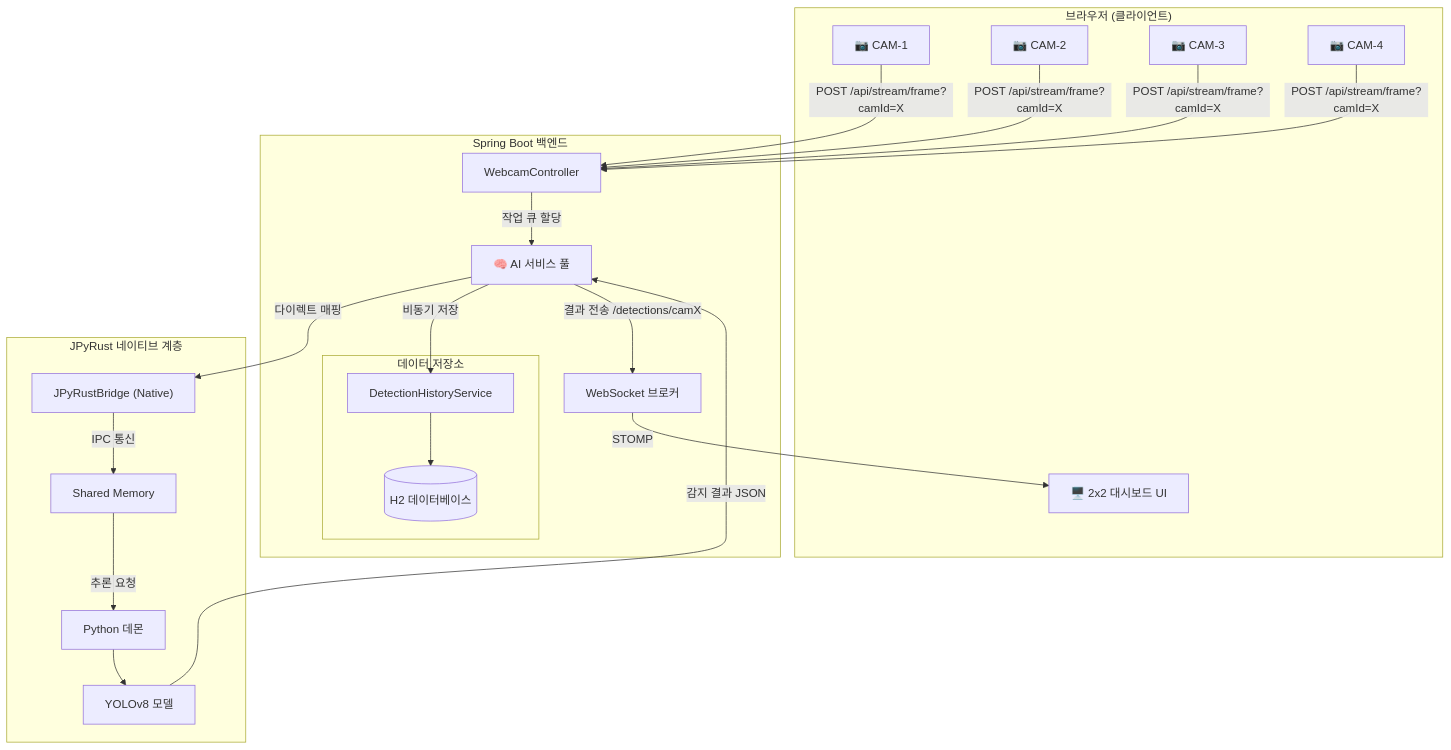
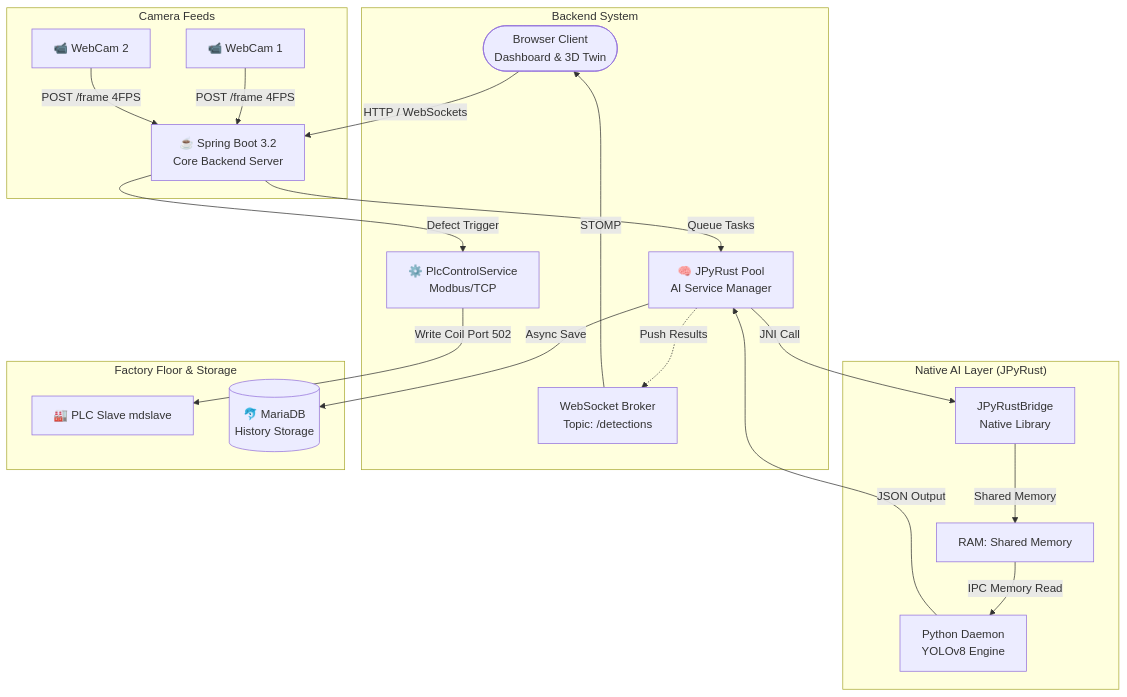
One commit to farmer0010/SmartFactory-Vision changed the first of 3 diagrams in README_KR.md. Above: the diagram before and after it, drawn with Mermaid. The commit also changed other lines of this file and 1 other file, not shown here.

Commit message:
docs: gracefully merge 42cabi style to original READMEs with native mdslave instructions

````diff
--- a/README_KR.md
+++ b/README_KR.md
@@ -38,41 +29,33 @@
 ```mermaid
 graph TD
-    subgraph "브라우저 (클라이언트)"
-        C1["📷 CAM-1"]
-        C2["📷 CAM-2"]
-        C3["📷 CAM-3"]
-        C4["📷 CAM-4"]
-        UI["🖥️ 2x2 대시보드 UI"]
+    %% 클라이언트 및 진입점
+    Client(["Browser Client<br>Dashboard & 3D Twin"]) -->|HTTP / WebSockets| SpringBoot["☕ Spring Boot 3.2<br>Core Backend Server"]
+
+    %% 웹캠 입력
+    subgraph Camera_Feeds ["Camera Feeds"]
+        CAM1["📹 WebCam 1"] -->|POST /frame 4FPS| SpringBoot
+        CAM2["📹 WebCam 2"] -->|POST /frame 4FPS| SpringBoot
     end
 
-    subgraph "Spring Boot 백엔드"
-        WC["WebcamController"]
-        Pool["🧠 AI 서비스 풀"]
-        subgraph "데이터 저장소"
-            DHS["DetectionHistoryService"]
-            DB[("H2 데이터베이스")]
-        end
-        WS["WebSocket 브로커"]
+    %% 백엔드 영역
+    subgraph Backend_System ["Backend System"]
+        SpringBoot -->|"Queue Tasks"| Pool["🧠 JPyRust Pool<br>AI Service Manager"]
+        Pool -.->|"Push Results"| WS["WebSocket Broker<br>Topic: /detections"]
+        WS -->|"STOMP"| Client
+        SpringBoot -->|"Defect Trigger"| PLC_Service["⚙️ PlcControlService<br>Modbus/TCP"]
     end
 
-    subgraph "JPyRust 네이티브 계층"
-        Bridge["JPyRustBridge (Native)"]
-        SHM["Shared Memory"]
-        Daemon["Python 데몬"]
-        YOLO["YOLOv8 모델"]
+    %% JPyRust 영역
+    subgraph Native_AI_Layer ["Native AI Layer (JPyRust)"]
+        Pool -->|"JNI Call"| Bridge["JPyRustBridge<br>Native Library"]
+        Bridge -->|"Shared Memory"| SHM["RAM: Shared Memory"]
+        SHM -->|"IPC Memory Read"| PythonDaemon["Python Daemon<br>YOLOv8 Engine"]
+        PythonDaemon -->|"JSON Output"| Pool
     end
 
-    C1 & C2 & C3 & C4 -- "POST /api/stream/frame?camId=X" --> WC
-    WC -- "작업 큐 할당" --> Pool
-    Pool -- "다이렉트 매핑" --> Bridge
-    Bridge -- "IPC 통신" --> SHM
-    SHM -- "추론 요청" --> Daemon
-    Daemon --> YOLO
-    
-    YOLO -- "감지 결과 JSON" --> Pool
-    Pool -- "비동기 저장" --> DHS
-    DHS --> DB
-    
-    Pool -- "결과 전송 /detections/camX" --> WS
-    WS -- "STOMP" --> UI
+    %% 데이터 및 설비 영역
+    subgraph Factory_Storage ["Factory Floor & Storage"]
+        PLC_Service -->|"Write Coil Port 502"| Slave["🏭 PLC Slave mdslave"]
+        Pool -->|"Async Save"| DB[("🐬 MariaDB<br>History Storage")]
+    end
 ```
````
